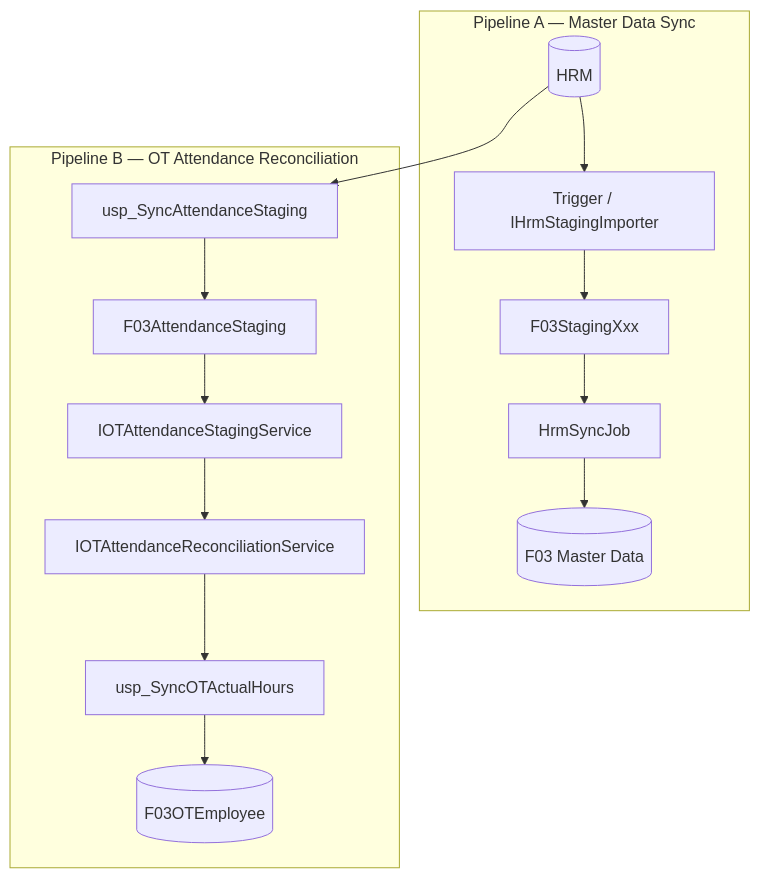
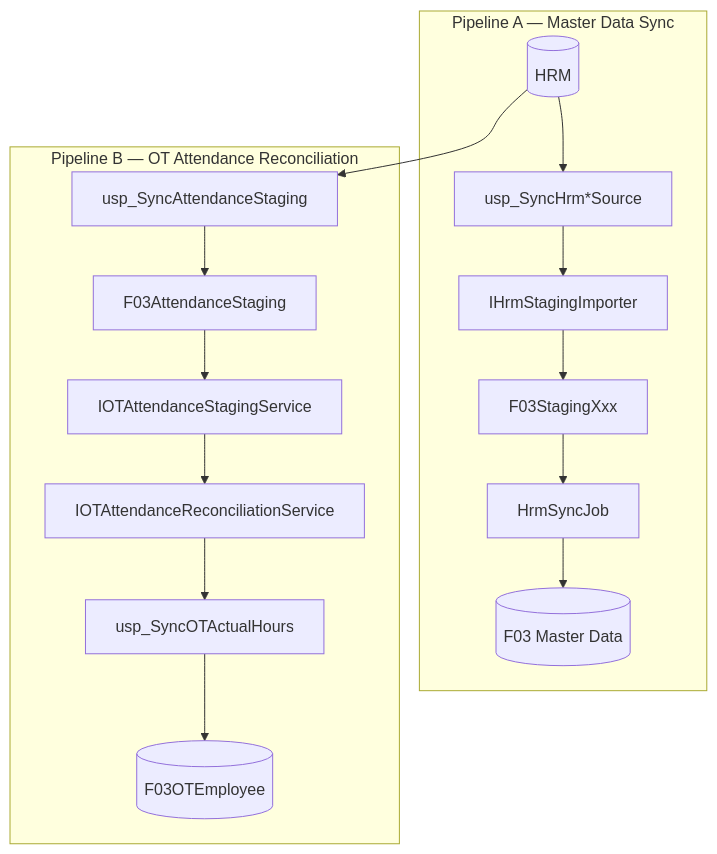
Before and after one commit to Nang0559/Reggister: the first of 10 diagrams in MÔ HÌNH/02_HRM_SYNC.md, drawn with Mermaid. The commit also changed other lines of this file, not shown here.

Commit message:
docs(hrm): document canonical master sync source contracts

````diff
--- a/MÔ HÌNH/02_HRM_SYNC.md
+++ b/MÔ HÌNH/02_HRM_SYNC.md
@@ -5,18 +5,19 @@
 ```mermaid
 flowchart TB
     HRM[(HRM)]
     subgraph A[Pipeline A — Master Data Sync]
-        HRM --> IMP[Trigger / IHrmStagingImporter]
+        HRM --> SP[usp_SyncHrm*Source]
+        SP --> IMP[IHrmStagingImporter]
         IMP --> ST[F03StagingXxx]
         ST --> JOB[HrmSyncJob<TStaging,TEntity>]
         JOB --> MASTER[(F03 Master Data)]
     end
     subgraph B[Pipeline B — OT Attendance Reconciliation]
         HRM --> ATT[usp_SyncAttendanceStaging]
         ATT --> AST[F03AttendanceStaging]
         AST --> AS[IOTAttendanceStagingService]
         AS --> REC[IOTAttendanceReconciliationService]
         REC --> OTSP[usp_SyncOTActualHours]
         OTSP --> OT[(F03OTEmployee)]
     end
 ```
````
